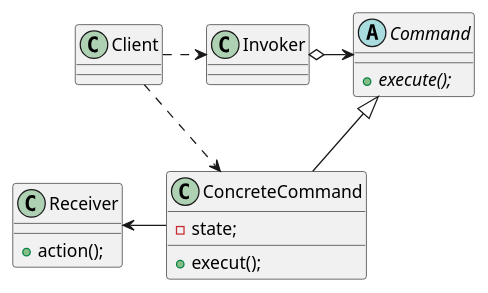
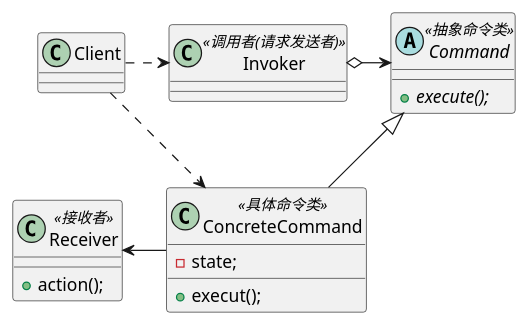
Before and after one commit to lyszhen3/myWeb: the diagram in design_model/src/main/resources/行为型模式/命令模式/命令模式.puml, drawn with PlantUML. The commit also changed 85 other files, not shown here.

```diff
--- a/design_model/src/main/resources/行为型模式/命令模式/命令模式.puml
+++ b/design_model/src/main/resources/行为型模式/命令模式/命令模式.puml
@@ -1,27 +1,27 @@
 @startuml
 
-abstract class Command{
+abstract class Command<<抽象命令类>>{
 +{abstract} execute();
 }
 
-class ConcreteCommand{
+class ConcreteCommand<<具体命令类>>{
 -state;
 +execut();
 }
-class Invoker{
+class Invoker<<调用者(请求发送者)>>{
 
 }
-class Receiver{
+class Receiver<<接收者>>{
 +action();
 }
 
 ConcreteCommand -up-|>Command
 
 ConcreteCommand -left->Receiver
 
 Invoker o-right->Command
 Client .right.>Invoker
 Client .right.>ConcreteCommand
 
 
 @enduml
```
